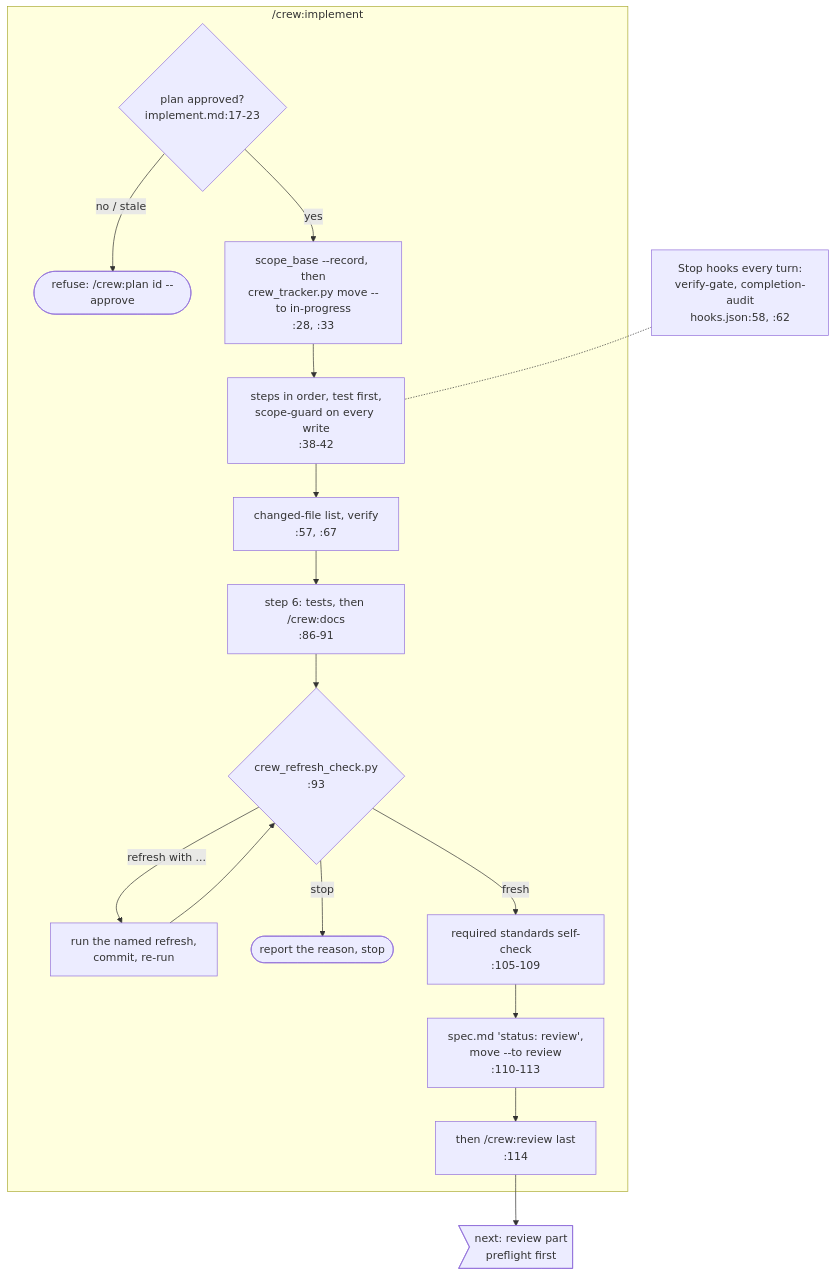
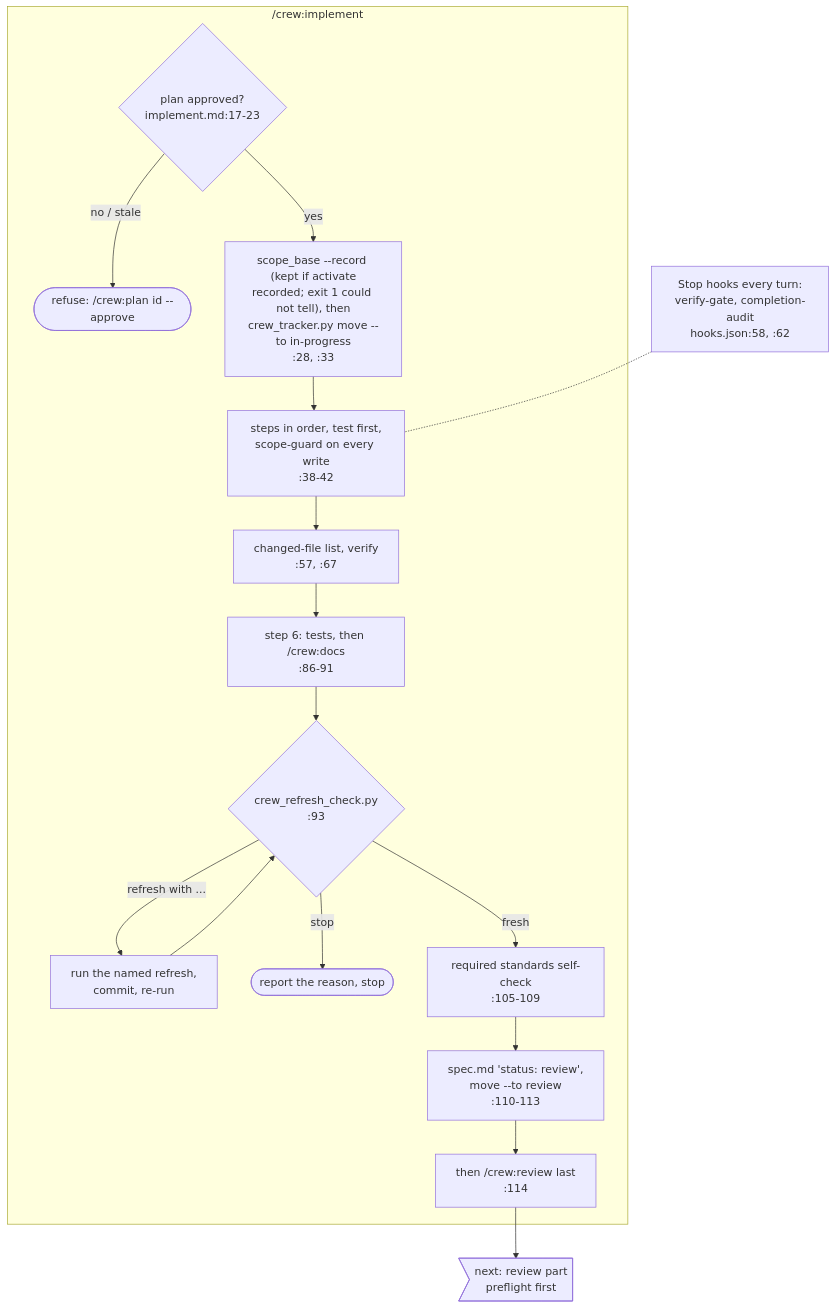
Before and after one commit to mbadali25/useful-claude-add-ons: diagram 29 of 36 in docs/diagrams/README.md, drawn with Mermaid. The commit also changed other lines of this file and 20 other files, not shown here.

First line of the commit message:
T-0096: docs, verify rule, code map, diagrams; ticket folder removed (ships as code and CHANGELOG)

````diff
--- a/docs/diagrams/README.md
+++ b/docs/diagrams/README.md
@@ -1083,22 +1097,22 @@
 ```mermaid
 flowchart TB
     subgraph implement["/crew:implement"]
         im0{"plan approved?<br/>implement.md:17-23"}
         im0 -- "no / stale" --> imx([refuse: /crew:plan id --approve])
-        im0 -- yes --> im1["scope_base --record, then<br/>crew_tracker.py move --to in-progress<br/>:28, :33"]
+        im0 -- yes --> im1["scope_base --record (kept if activate<br/>recorded; exit 1 could not tell), then<br/>crew_tracker.py move --to in-progress<br/>:28, :33"]
         im1 --> im2["steps in order, test first,<br/>scope-guard on every write<br/>:38-42"]
         im2 --> im3a["changed-file list, verify<br/>:57, :67"]
         im3a --> im3["step 6: tests, then /crew:docs<br/>:86-91"]
         im3 --> rf1{"crew_refresh_check.py<br/>:93"}
         rf1 -- "refresh with ..." --> rf2["run the named refresh,<br/>commit, re-run"]
         rf2 --> rf1
         rf1 -- "stop" --> rfx([report the reason, stop])
         rf1 -- fresh --> sc1["required standards self-check<br/>:105-109"]
         sc1 --> im4["spec.md 'status: review',<br/>move --to review<br/>:110-113"]
         im4 --> im5["then /crew:review last<br/>:114"]
     end
 
     im5 --> to_pf0>"next: review part<br/>preflight first"]
 
     stop["Stop hooks every turn:<br/>verify-gate, completion-audit<br/>hooks.json:58, :62"] -.- im2
 ```
````
